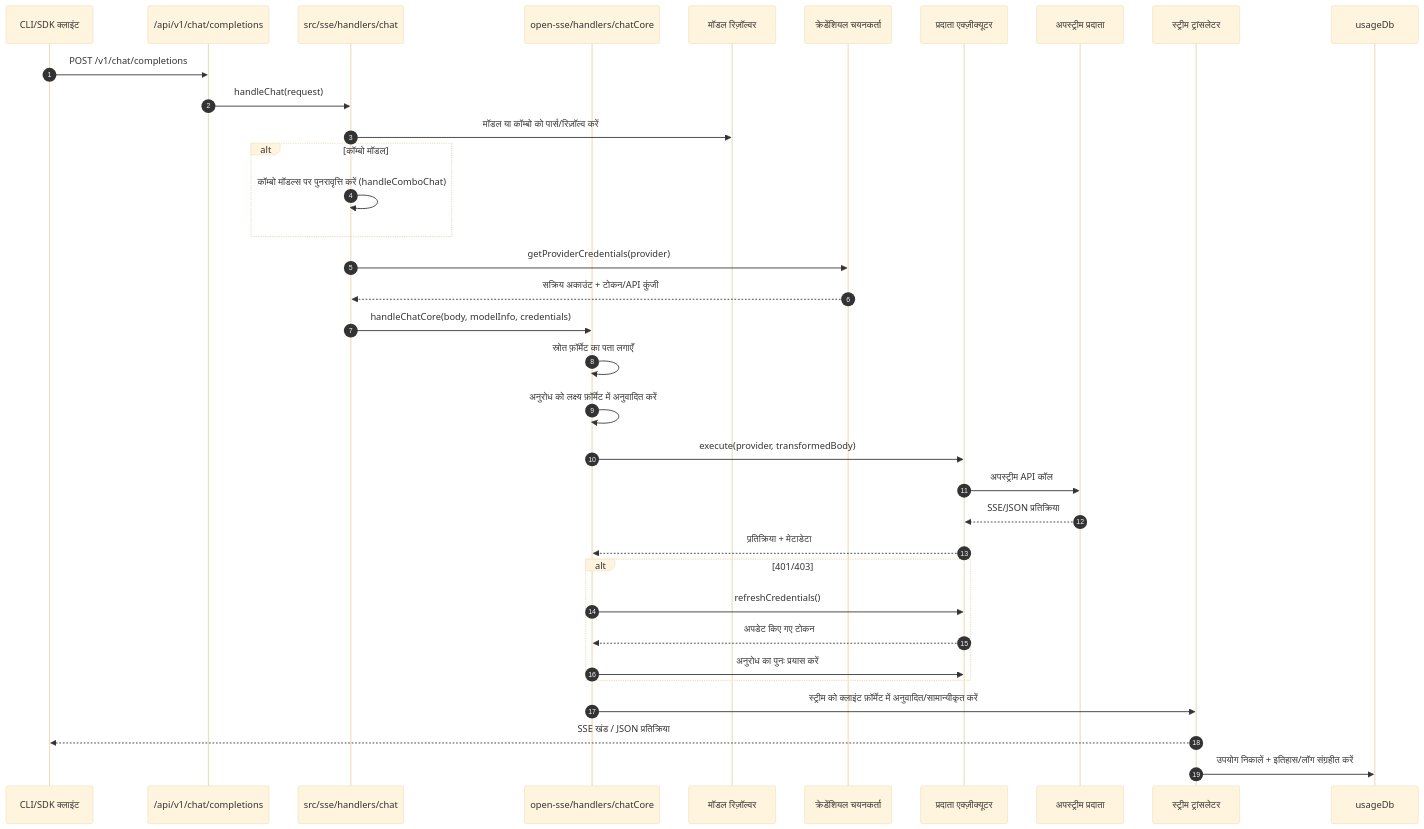
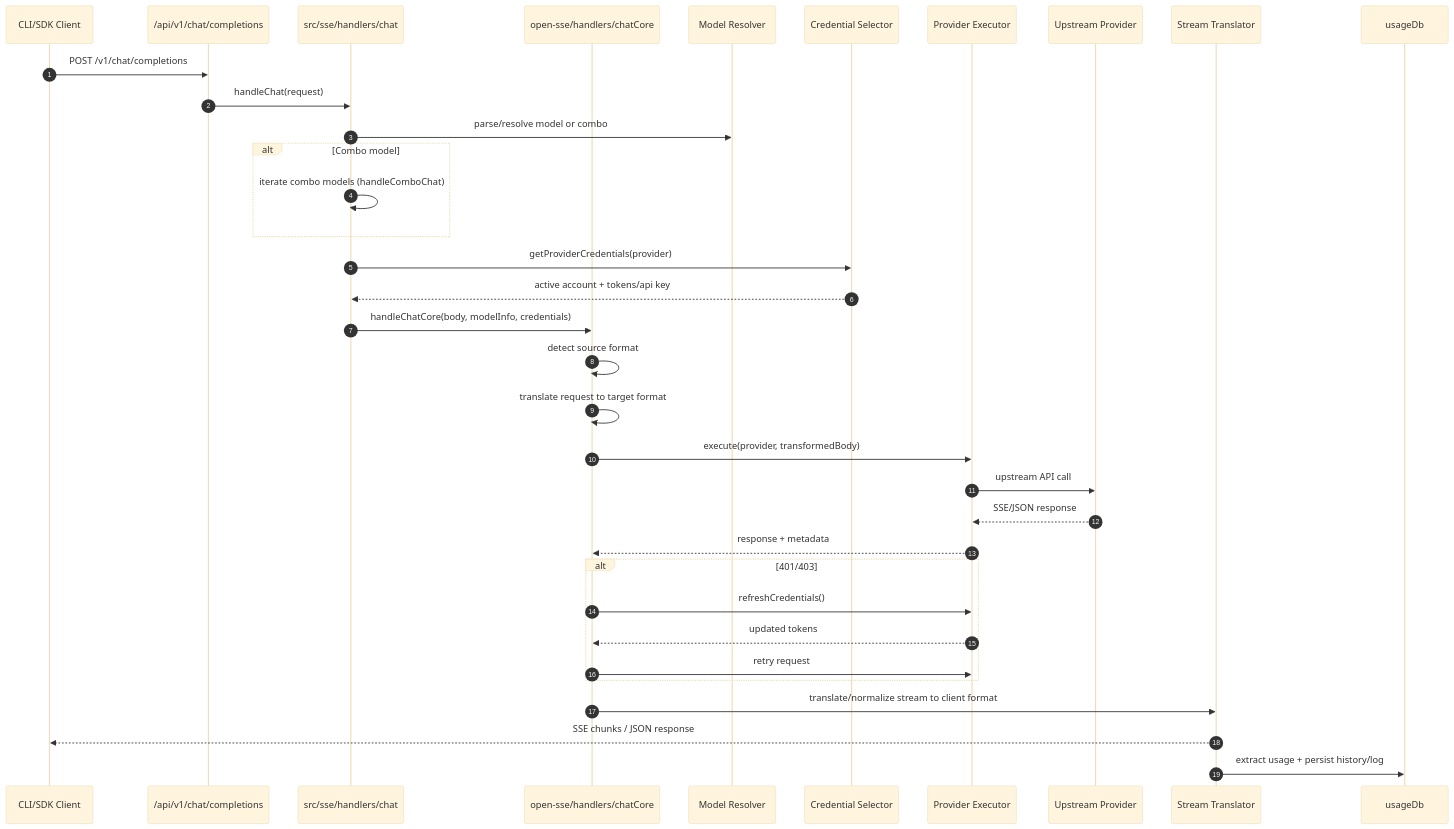
The second of 7 diagrams in docs/i18n/hi/docs/architecture/ARCHITECTURE.md (niyatna/NiyatnaRoute), drawn with Mermaid (base theme) before and after one commit. The commit also changed other lines of this file and 2447 other files, not shown here.

````diff
--- a/docs/i18n/hi/docs/architecture/ARCHITECTURE.md
+++ b/docs/i18n/hi/docs/architecture/ARCHITECTURE.md
@@ -556,44 +330,44 @@
 ```mermaid
 sequenceDiagram
     autonumber
-    participant Client as CLI/SDK क्लाइंट
+    participant Client as CLI/SDK Client
     participant Route as /api/v1/chat/completions
     participant Chat as src/sse/handlers/chat
     participant Core as open-sse/handlers/chatCore
-    participant Model as मॉडल रिज़ॉल्वर
-    participant Auth as क्रेडेंशियल चयनकर्ता
-    participant Exec as प्रदाता एक्ज़ीक्यूटर
-    participant Prov as अपस्ट्रीम प्रदाता
-    participant Stream as स्ट्रीम ट्रांसलेटर
+    participant Model as Model Resolver
+    participant Auth as Credential Selector
+    participant Exec as Provider Executor
+    participant Prov as Upstream Provider
+    participant Stream as Stream Translator
     participant Usage as usageDb
 
     Client->>Route: POST /v1/chat/completions
     Route->>Chat: handleChat(request)
-    Chat->>Model: मॉडल या कॉम्बो को पार्स/रिज़ॉल्व करें
+    Chat->>Model: parse/resolve model or combo
 
-    alt कॉम्बो मॉडल
-        Chat->>Chat: कॉम्बो मॉडल्स पर पुनरावृत्ति करें (handleComboChat)
+    alt Combo model
+        Chat->>Chat: iterate combo models (handleComboChat)
     end
 
     Chat->>Auth: getProviderCredentials(provider)
-    Auth-->>Chat: सक्रिय अकाउंट + टोकन/API कुंजी
+    Auth-->>Chat: active account + tokens/api key
 
     Chat->>Core: handleChatCore(body, modelInfo, credentials)
-    Core->>Core: स्रोत फ़ॉर्मेट का पता लगाएँ
-    Core->>Core: अनुरोध को लक्ष्य फ़ॉर्मेट में अनुवादित करें
+    Core->>Core: detect source format
+    Core->>Core: translate request to target format
     Core->>Exec: execute(provider, transformedBody)
-    Exec->>Prov: अपस्ट्रीम API कॉल
-    Prov-->>Exec: SSE/JSON प्रतिक्रिया
-    Exec-->>Core: प्रतिक्रिया + मेटाडेटा
+    Exec->>Prov: upstream API call
+    Prov-->>Exec: SSE/JSON response
+    Exec-->>Core: response + metadata
 
     alt 401/403
         Core->>Exec: refreshCredentials()
-        Exec-->>Core: अपडेट किए गए टोकन
-        Core->>Exec: अनुरोध का पुनः प्रयास करें
+        Exec-->>Core: updated tokens
+        Core->>Exec: retry request
     end
 
-    Core->>Stream: स्ट्रीम को क्लाइंट फ़ॉर्मेट में अनुवादित/सामान्यीकृत करें
-    Stream-->>Client: SSE खंड / JSON प्रतिक्रिया
+    Core->>Stream: translate/normalize stream to client format
+    Stream-->>Client: SSE chunks / JSON response
 
-    Stream->>Usage: उपयोग निकालें + इतिहास/लॉग संग्रहीत करें
+    Stream->>Usage: extract usage + persist history/log
 ```
````
